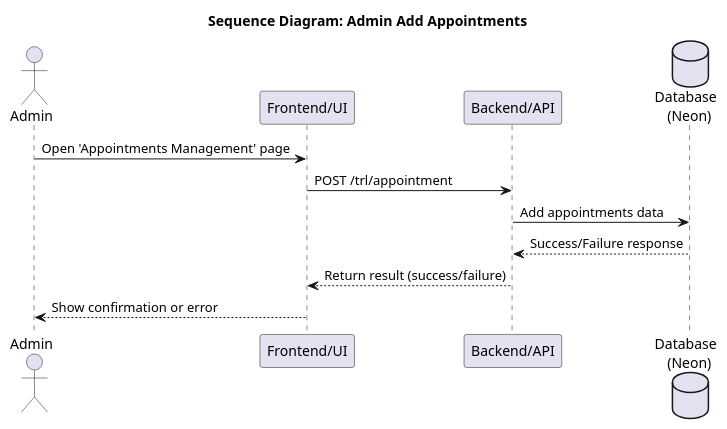
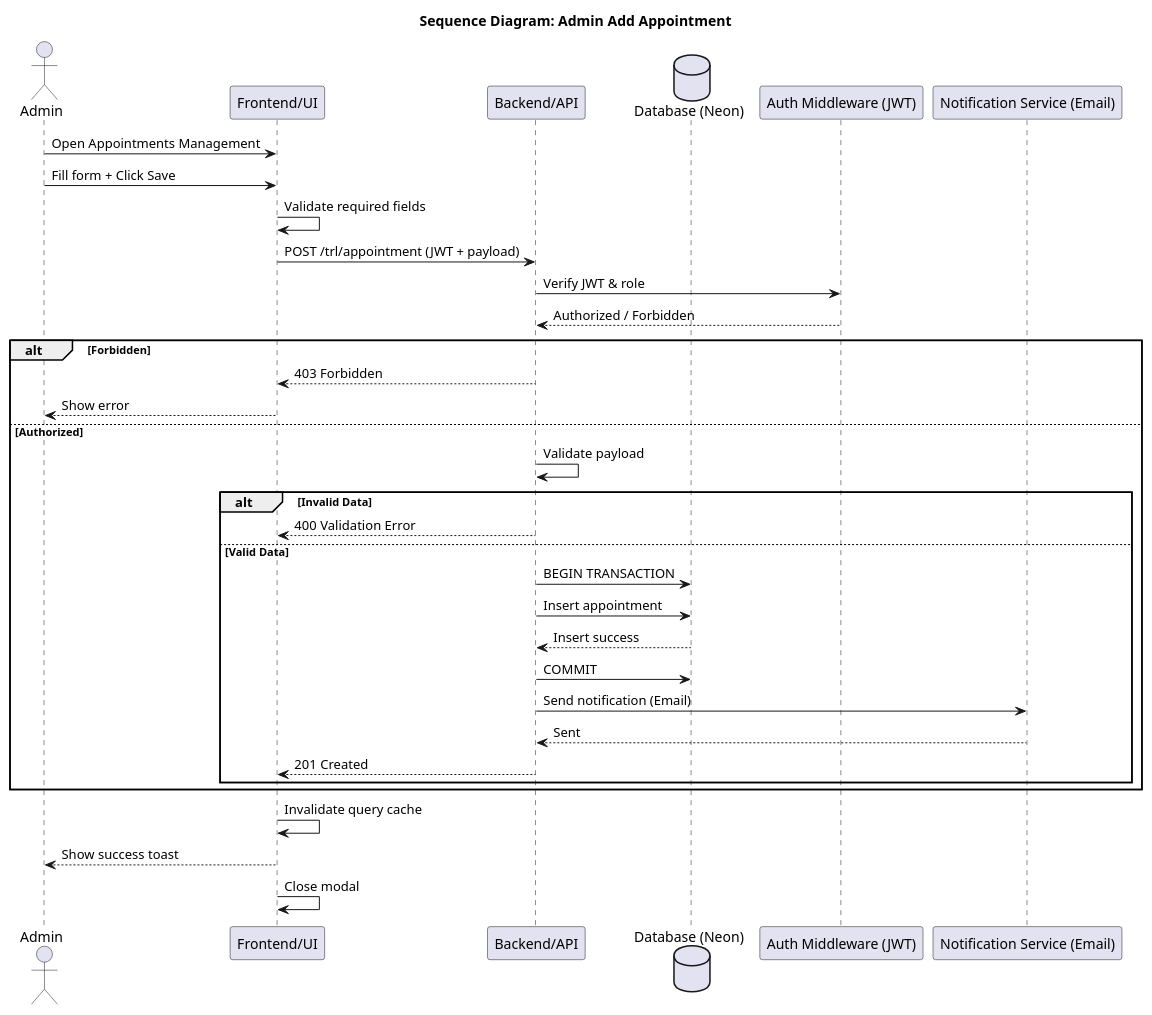
One commit to punyanuch-h/trl-research-frontend changed the diagram in sequence diagram/admin/admin_add_appointments.puml. Above: the diagram before and after it, drawn with PlantUML. The commit also changed 17 other files, not shown here.

Commit message:
fix(SCRUM-245): fix sequence diagram

```diff
--- a/sequence diagram/admin/admin_add_appointments.puml
+++ b/sequence diagram/admin/admin_add_appointments.puml
@@ -1,16 +1,42 @@
 @startuml
-title Sequence Diagram: Admin Add Appointments
+title Sequence Diagram: Admin Add Appointment
 
 actor Admin
 participant "Frontend/UI" as UI
 participant "Backend/API" as API
-database "Database \n (Neon)" as DB
+database "Database (Neon)" as DB
+participant "Auth Middleware (JWT)" as AUTH
+participant "Notification Service (Email)" as NOTI
 
-Admin -> UI: Open 'Appointments Management' page
-UI -> API: POST /trl/appointment
-API -> DB: Add appointments data
-DB --> API: Success/Failure response
-API --> UI: Return result (success/failure)
-UI --> Admin: Show confirmation or error
+Admin -> UI: Open Appointments Management
+
+Admin -> UI: Fill form + Click Save
+UI -> UI: Validate required fields
+UI -> API: POST /trl/appointment (JWT + payload)
+
+API -> AUTH: Verify JWT & role
+AUTH --> API: Authorized / Forbidden
+
+alt Forbidden
+    API --> UI: 403 Forbidden
+    UI --> Admin: Show error
+else Authorized
+    API -> API: Validate payload
+    alt Invalid Data
+        API --> UI: 400 Validation Error
+    else Valid Data
+        API -> DB: BEGIN TRANSACTION
+        API -> DB: Insert appointment
+        DB --> API: Insert success
+        API -> DB: COMMIT
+        API -> NOTI: Send notification (Email)
+        NOTI --> API: Sent
+        API --> UI: 201 Created
+    end
+end
+
+UI -> UI: Invalidate query cache
+UI --> Admin: Show success toast
+UI -> UI: Close modal
 
 @enduml
```
